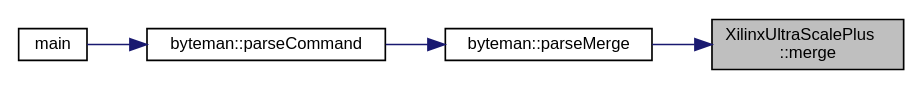
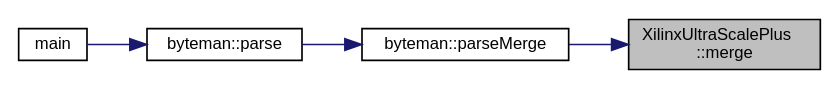
Before and after one commit to FPGA-Research-Manchester/byteman: the diagram in classXilinxUltraScalePlus_aa0e0292dad364e72a422f4733f5ca207_icgraph.dot, drawn with Graphviz. The commit also changed 1085 other files, not shown here.

```diff
--- a/classXilinxUltraScalePlus_aa0e0292dad364e72a422f4733f5ca207_icgraph.dot
+++ b/classXilinxUltraScalePlus_aa0e0292dad364e72a422f4733f5ca207_icgraph.dot
@@ -1,15 +1,15 @@
 digraph "XilinxUltraScalePlus::merge"
 {
  // INTERACTIVE_SVG=YES
  // LATEX_PDF_SIZE
   edge [fontname="Helvetica",fontsize="10",labelfontname="Helvetica",labelfontsize="10"];
   node [fontname="Helvetica",fontsize="10",shape=record];
   rankdir="RL";
   Node1 [label="XilinxUltraScalePlus\l::merge",height=0.2,width=0.4,color="black", fillcolor="grey75", style="filled", fontcolor="black",tooltip=" "];
   Node1 -> Node2 [dir="back",color="midnightblue",fontsize="10",style="solid",fontname="Helvetica"];
   Node2 [label="byteman::parseMerge",height=0.2,width=0.4,color="black", fillcolor="white", style="filled",URL="$classbyteman.html#a012f7c0279dac10df52f2e7927a8bfef",tooltip=" "];
   Node2 -> Node3 [dir="back",color="midnightblue",fontsize="10",style="solid",fontname="Helvetica"];
-  Node3 [label="byteman::parseCommand",height=0.2,width=0.4,color="black", fillcolor="white", style="filled",URL="$classbyteman.html#a97ad2d6b20a10ddb0dd8d373159eea4e",tooltip=" "];
+  Node3 [label="byteman::parse",height=0.2,width=0.4,color="black", fillcolor="white", style="filled",URL="$classbyteman.html#a0ce0e992678e3f8b51cc5e01cea14ddb",tooltip=" "];
   Node3 -> Node4 [dir="back",color="midnightblue",fontsize="10",style="solid",fontname="Helvetica"];
   Node4 [label="main",height=0.2,width=0.4,color="black", fillcolor="white", style="filled",URL="$byteman_8cpp.html#a0ddf1224851353fc92bfbff6f499fa97",tooltip=" "];
 }
```
